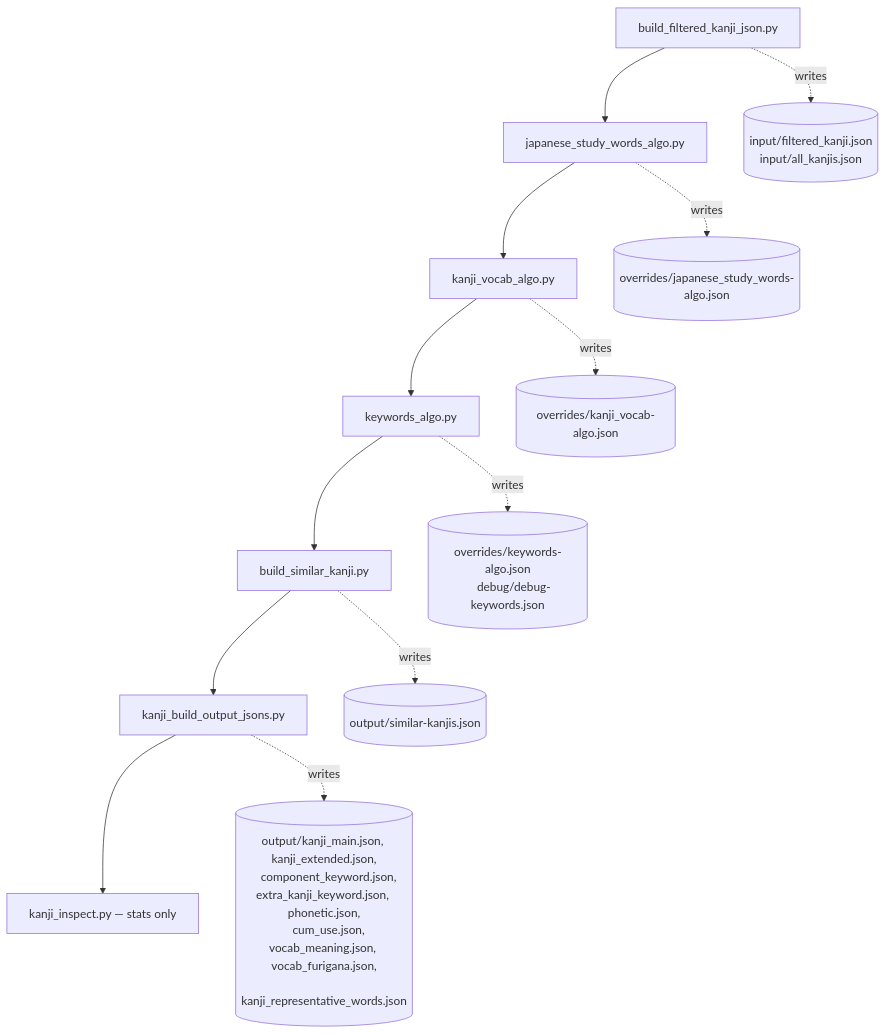
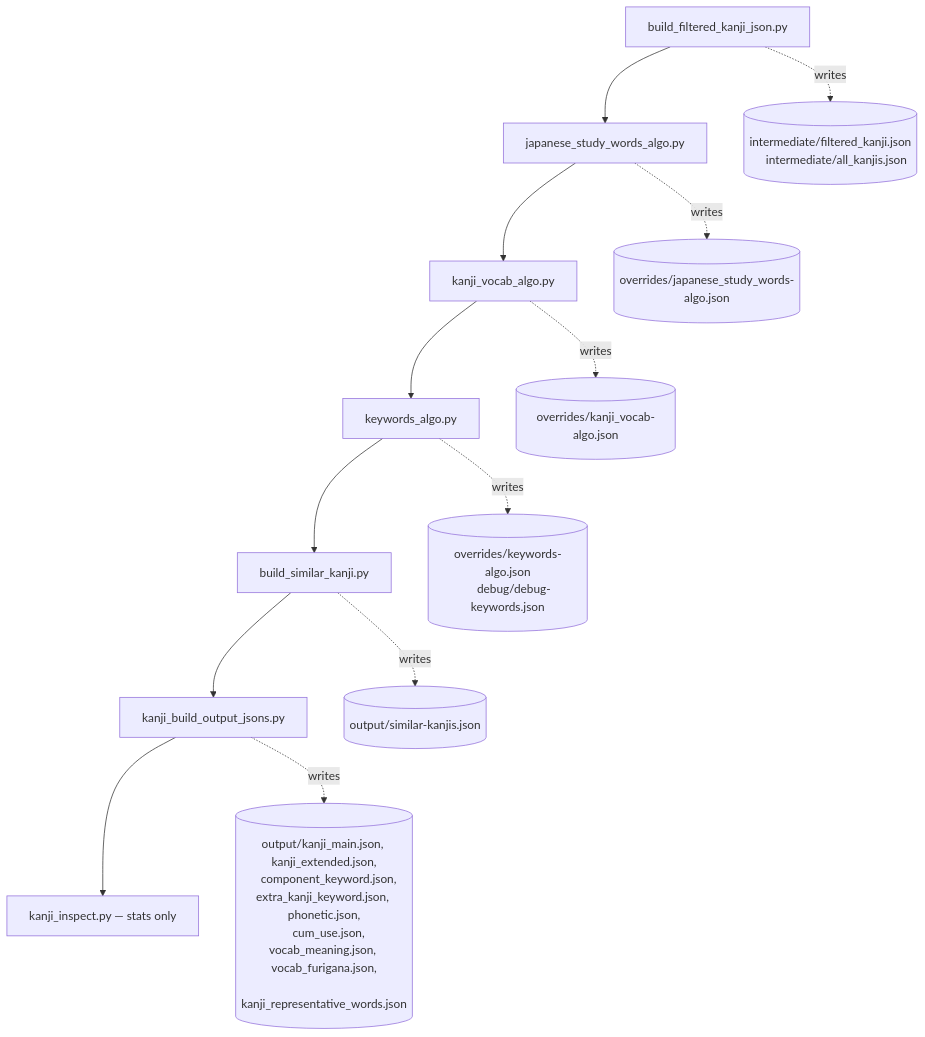
One commit to PikaPikaGems/kanji-heatmap-data changed the first of 8 diagrams in notes/flowchart.md. Above: the diagram before and after it, drawn with Mermaid. The commit also changed other lines of this file and 12 other files, not shown here.

````diff
--- a/notes/flowchart.md
+++ b/notes/flowchart.md
@@ -39,21 +39,21 @@
 ```mermaid
 flowchart TD
     A[build_filtered_kanji_json.py] --> B[japanese_study_words_algo.py]
     B --> C[kanji_vocab_algo.py]
     C --> E[keywords_algo.py]
     E --> F[build_similar_kanji.py]
     F --> G[kanji_build_output_jsons.py]
     G --> H[kanji_inspect.py — stats only]
 
-    A -.writes.-> a1[(input/filtered_kanji.json
-    input/all_kanjis.json)]
+    A -.writes.-> a1[(intermediate/filtered_kanji.json
+    intermediate/all_kanjis.json)]
     B -.writes.-> b1[(overrides/japanese_study_words-algo.json)]
     C -.writes.-> c1[(overrides/kanji_vocab-algo.json)]
     E -.writes.-> e1[(overrides/keywords-algo.json
     debug/debug-keywords.json)]
     F -.writes.-> f1[(output/similar-kanjis.json)]
     G -.writes.-> g1[(output/kanji_main.json, kanji_extended.json,
     component_keyword.json, extra_kanji_keyword.json, phonetic.json,
     cum_use.json, vocab_meaning.json, vocab_furigana.json,
     kanji_representative_words.json)]
 ```
````
